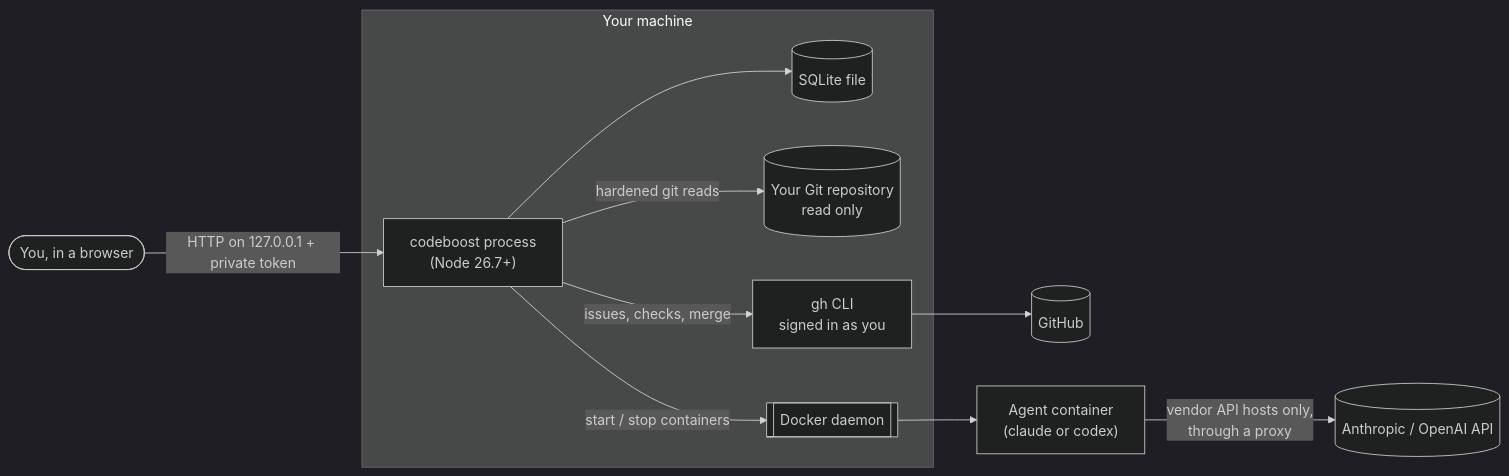
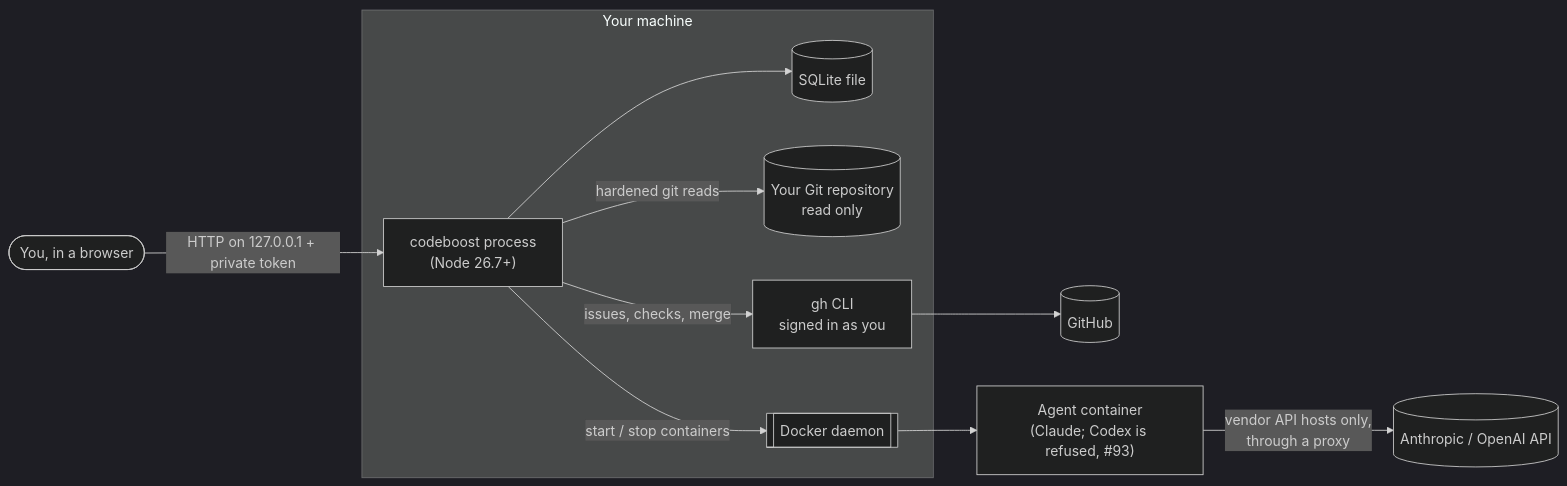
The first of 6 diagrams in docs/architecture.md (codeabovelab/codeboost), drawn with Mermaid (dark theme) before and after one commit. The commit also changed other lines of this file and 17 other files, not shown here.

````diff
--- a/docs/architecture.md
+++ b/docs/architecture.md
@@ -74,18 +74,18 @@
 ```mermaid
 flowchart LR
   you([You, in a browser]) -- "HTTP on 127.0.0.1 + private token" --> cb
   subgraph host [Your machine]
     cb["codeboost process<br/>(Node 26.7+)"]
     db[(SQLite file)]
     repo[(Your Git repository<br/>read only)]
     docker[[Docker daemon]]
     gh[gh CLI<br/>signed in as you]
     cb --> db
     cb -- "hardened git reads" --> repo
     cb -- "start / stop containers" --> docker
     cb -- "issues, checks, merge" --> gh
   end
   gh --> github[(GitHub)]
-  docker --> agent["Agent container<br/>(claude or codex)"]
+  docker --> agent["Agent container<br/>(Claude; Codex is refused, #93)"]
   agent -- "vendor API hosts only,<br/>through a proxy" --> vendor[(Anthropic / OpenAI API)]
 ```
````
